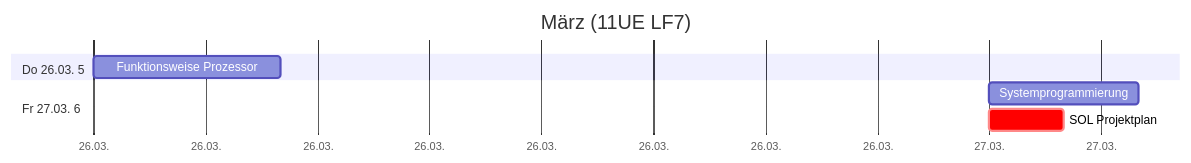
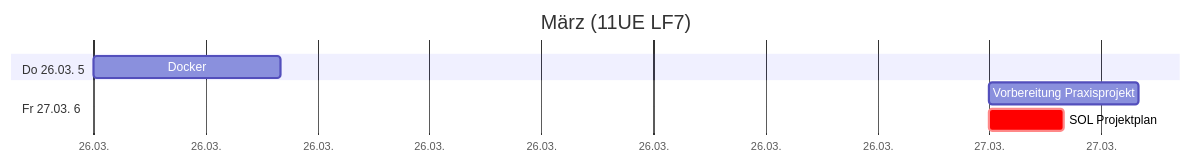
Before and after one commit to johannesloetzsch/LF7: the fifth of 6 diagrams in src/plan.md, drawn with Mermaid. The commit also changed other lines of this file and 3 other files, not shown here.

````diff
--- a/src/plan.md
+++ b/src/plan.md
@@ -101,11 +101,11 @@
 ```mermaid
 gantt
  title März (11UE LF7)
  dateFormat YYYY-MM-DD
  axisFormat %d.%m.
  section Do 26.03. 5
-  Funktionsweise Prozessor      :2026-03-26, 5h
+  Docker                        :2026-03-26, 5h
  section Fr 27.03. 6
-  Systemprogrammierung          :2026-03-27, 4h
+  Vorbereitung Praxisprojekt    :2026-03-27, 4h
   SOL Projektplan               :crit, 2026-03-27, 2h
 ```
````
